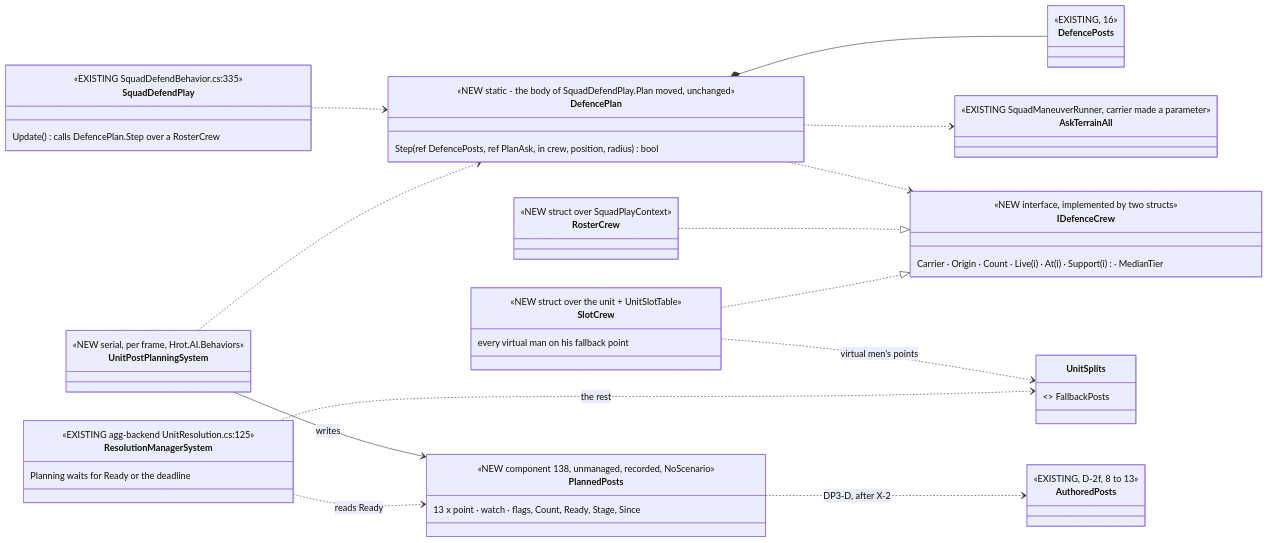
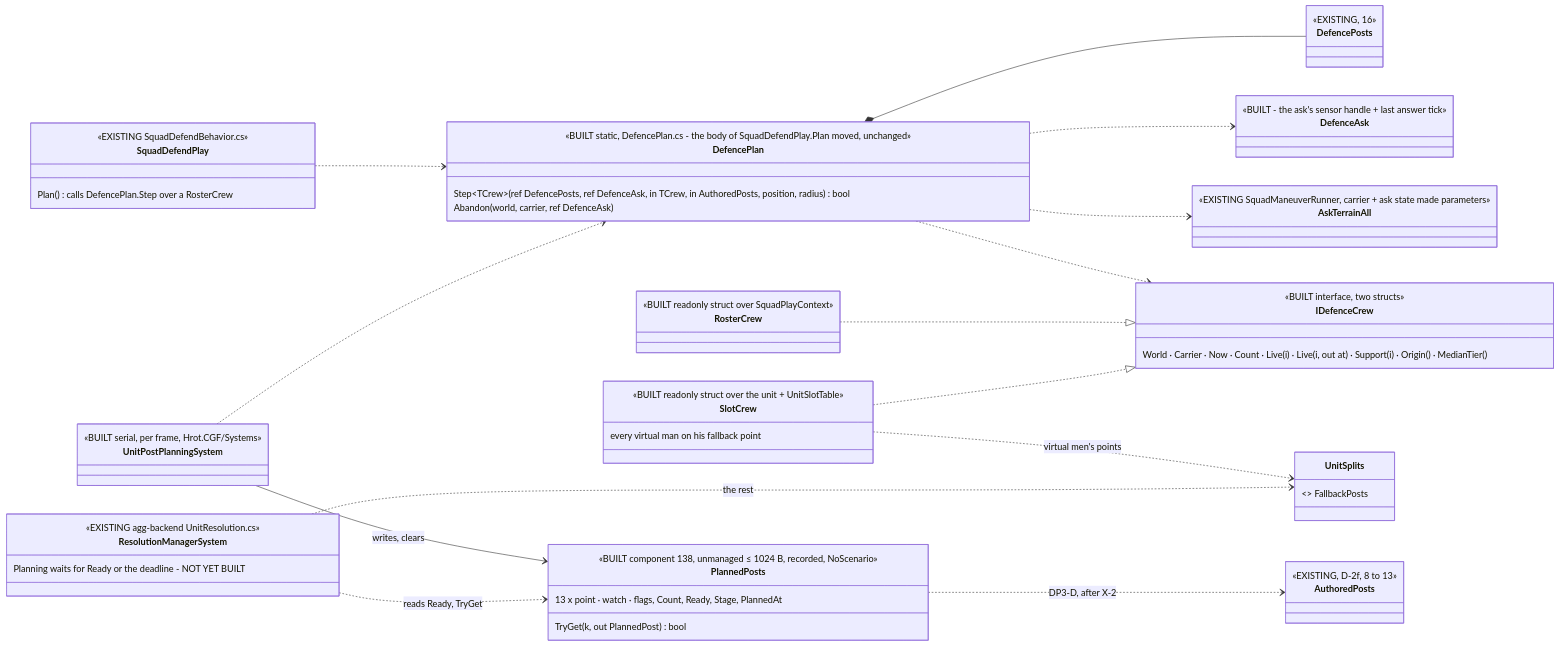
One commit to pjanec/HROT changed the first of 3 diagrams in docs/designs/aggregate-units/DESIGN_DP3_Planned_Posts.md. Above: the diagram before and after it, drawn with Mermaid. The commit also changed other lines of this file and 2 other files, not shown here.

First line of the commit message:
agg-behaviors D-P3 (CE-8303): as-built folded into DESIGN_DP3_Planned_Posts §9 (BUILDING: our half built, agg-backend's wait open), scenarios + stepped-hash, STATUS rows, note to agg-backend (PlannedPosts.TryGet for Materialise; R-8346..R-8348)

````diff
--- a/docs/designs/aggregate-units/DESIGN_DP3_Planned_Posts.md
+++ b/docs/designs/aggregate-units/DESIGN_DP3_Planned_Posts.md
@@ -86,52 +131,58 @@
 ```mermaid
 classDiagram
   direction LR
   class SquadDefendPlay {
-    <<EXISTING SquadDefendBehavior.cs:335>>
-    Update() calls DefencePlan.Step over a RosterCrew
+    <<EXISTING SquadDefendBehavior.cs>>
+    Plan() calls DefencePlan.Step over a RosterCrew
   }
   class DefencePlan {
-    <<NEW static - the body of SquadDefendPlay.Plan moved, unchanged>>
-    Step(ref DefencePosts, ref PlanAsk, in crew, position, radius) bool
+    <<BUILT static, DefencePlan.cs - the body of SquadDefendPlay.Plan moved, unchanged>>
+    Step~TCrew~(ref DefencePosts, ref DefenceAsk, in TCrew, in AuthoredPosts, position, radius) bool
+    Abandon(world, carrier, ref DefenceAsk)
   }
   class IDefenceCrew {
-    <<NEW interface, implemented by two structs>>
-    Carrier · Origin · Count · Live(i) · At(i) · Support(i) · MedianTier
+    <<BUILT interface, two structs>>
+    World · Carrier · Now · Count · Live(i) · Live(i, out at) · Support(i) · Origin() · MedianTier()
   }
   class RosterCrew {
-    <<NEW struct over SquadPlayContext>>
+    <<BUILT readonly struct over SquadPlayContext>>
   }
   class SlotCrew {
-    <<NEW struct over the unit + UnitSlotTable>>
+    <<BUILT readonly struct over the unit + UnitSlotTable>>
     every virtual man on his fallback point
   }
+  class DefenceAsk {
+    <<BUILT - the ask's sensor handle + last answer tick>>
+  }
   class UnitPostPlanningSystem {
-    <<NEW serial, per frame, Hrot.AI.Behaviors>>
+    <<BUILT serial, per frame, Hrot.CGF/Systems>>
   }
   class PlannedPosts {
-    <<NEW component 138, unmanaged, recorded, NoScenario>>
-    13 x point · watch · flags, Count, Ready, Stage, Since
+    <<BUILT component 138, unmanaged ≤ 1024 B, recorded, NoScenario>>
+    13 x point · watch · flags, Count, Ready, Stage, PlannedAt
+    TryGet(k, out PlannedPost) bool
   }
   class ResolutionManagerSystem {
-    <<EXISTING agg-backend UnitResolution.cs:125>>
-    Planning waits for Ready or the deadline
+    <<EXISTING agg-backend UnitResolution.cs>>
+    Planning waits for Ready or the deadline - NOT YET BUILT
   }
   class UnitSplits {
     <<EXISTING>> FallbackPosts
   }
   class DefencePosts { <<EXISTING, 16>> }
   class AuthoredPosts { <<EXISTING, D-2f, 8 to 13>> }
-  class AskTerrainAll { <<EXISTING SquadManeuverRunner, carrier made a parameter>> }
+  class AskTerrainAll { <<EXISTING SquadManeuverRunner, carrier + ask state made parameters>> }
   SquadDefendPlay ..> DefencePlan
   UnitPostPlanningSystem ..> DefencePlan
   DefencePlan ..> IDefenceCrew
   RosterCrew ..|> IDefenceCrew
   SlotCrew ..|> IDefenceCrew
   DefencePlan ..> AskTerrainAll
+  DefencePlan ..> DefenceAsk
   DefencePlan *-- DefencePosts
-  UnitPostPlanningSystem --> PlannedPosts : writes
+  UnitPostPlanningSystem --> PlannedPosts : writes, clears
   SlotCrew ..> UnitSplits : virtual men's points
-  ResolutionManagerSystem ..> PlannedPosts : reads Ready
+  ResolutionManagerSystem ..> PlannedPosts : reads Ready, TryGet
   ResolutionManagerSystem ..> UnitSplits : the rest
   PlannedPosts ..> AuthoredPosts : DP3-D, after X-2
 ```
````
